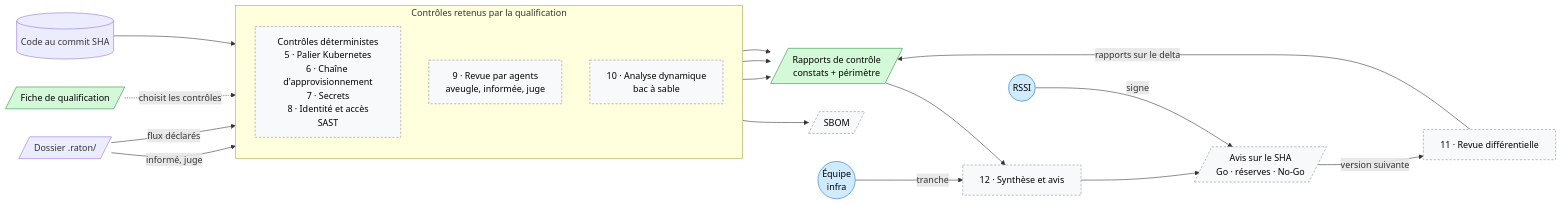
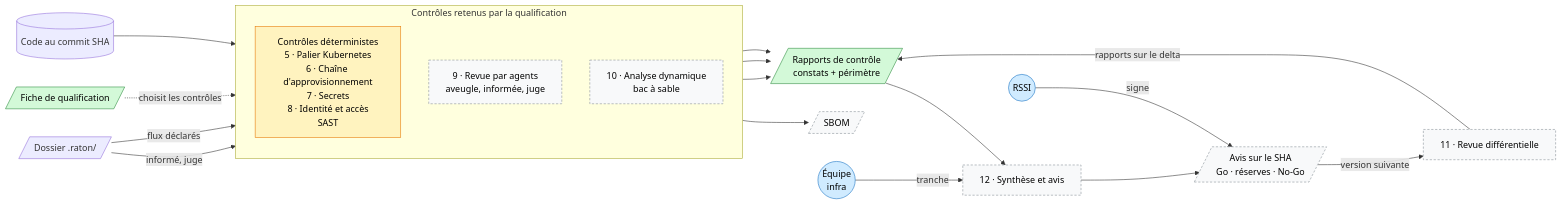
One commit to Jul0ow/Raton changed the fourth of 5 diagrams in docs/architecture.md. Above: the diagram before and after it, drawn with Mermaid. The commit also changed other lines of this file and 14 other files, not shown here.

````diff
--- a/docs/architecture.md
+++ b/docs/architecture.md
@@ -166,44 +166,45 @@
 ```mermaid
 flowchart LR
   QF[/"Fiche de qualification"/]
   CODE[("Code au commit SHA")]
   DOS[/"Dossier .raton/"/]
 
   subgraph CTRL ["Contrôles retenus par la qualification"]
     direction TB
     DET["Contrôles déterministes<br/>5 · Palier Kubernetes<br/>6 · Chaîne d'approvisionnement<br/>7 · Secrets<br/>8 · Identité et accès<br/>SAST"]
     AG["9 · Revue par agents<br/>aveugle, informée, juge"]
     DYN["10 · Analyse dynamique<br/>bac à sable"]
   end
 
   SBOM[/"SBOM"/]
   RAP[/"Rapports de contrôle<br/>constats + périmètre"/]
   SYN["12 · Synthèse et avis"]
   AVIS[/"Avis sur le SHA<br/>Go · réserves · No-Go"/]
   DIFF["11 · Revue différentielle"]
   E(("Équipe<br/>infra"))
   S(("RSSI"))
 
   QF -.->|"choisit les contrôles"| CTRL
   CODE --> CTRL
   DOS -->|"informé, juge"| AG
   DOS -->|"flux déclarés"| DYN
   DET --> SBOM
   DET --> RAP
   AG --> RAP
   DYN --> RAP
   RAP --> SYN
   E -->|"tranche"| SYN
   SYN --> AVIS
   S -->|"signe"| AVIS
   AVIS -->|"version suivante"| DIFF
   DIFF -->|"rapports sur le delta"| RAP
 
   classDef humain fill:#d0ebff,stroke:#1971c2,color:#000
   classDef fait fill:#d3f9d8,stroke:#2b8a3e,color:#000
   classDef propose fill:#fff3bf,stroke:#e67700,color:#000
   classDef afaire fill:#f8f9fa,stroke:#868e96,color:#000,stroke-dasharray:4 3
   class E,S humain
   class QF,RAP fait
-  class DET,AG,DYN,SBOM,SYN,AVIS,DIFF afaire
+  class DET propose
+  class AG,DYN,SBOM,SYN,AVIS,DIFF afaire
 ```
````
